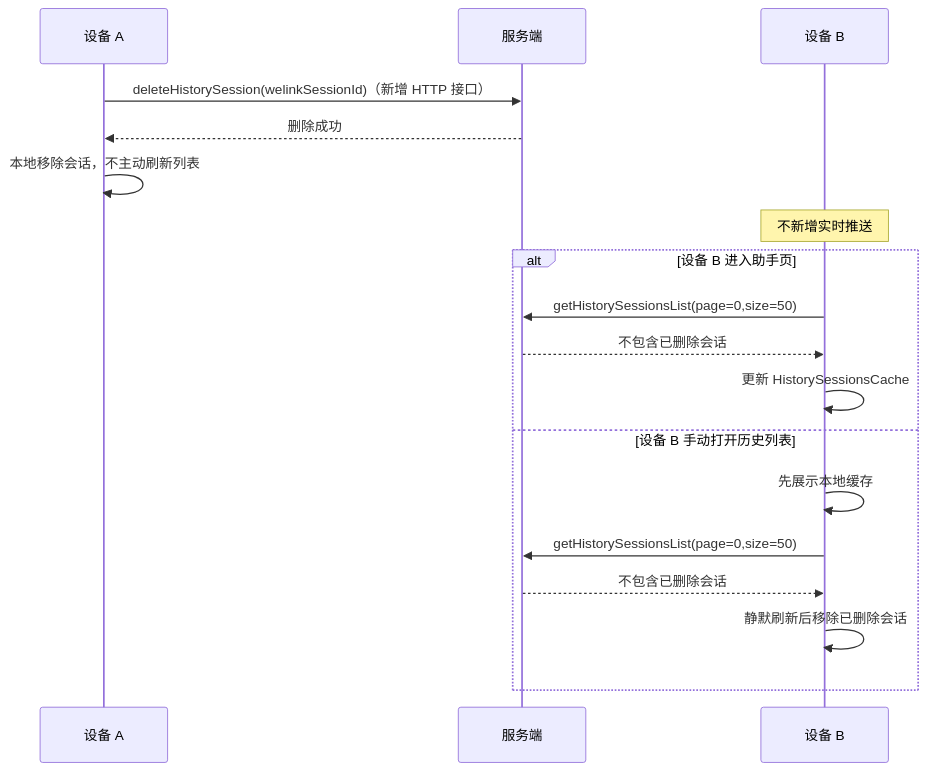
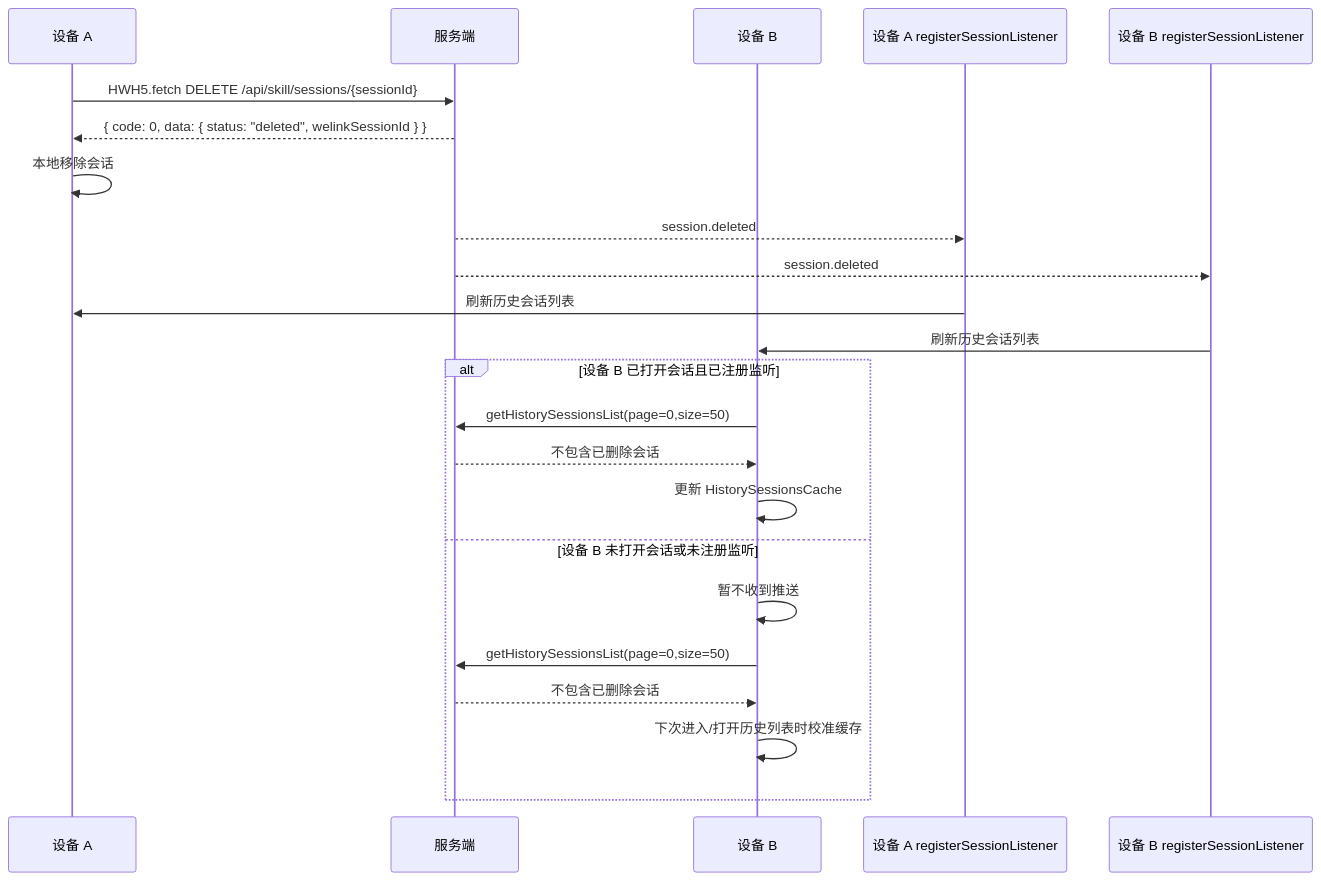
The fifth of 5 diagrams in ai-chat-viewer/docs/plans/2026-06-04-we-agent-history-session-delete-plan.md (Abelsjcheng/skillSDK), drawn with Mermaid before and after one commit. The commit also changed other lines of this file and 22 other files, not shown here.

Commit message:
feat(we-agent): support history session deletion

````diff
--- a/ai-chat-viewer/docs/plans/2026-06-04-we-agent-history-session-delete-plan.md
+++ b/ai-chat-viewer/docs/plans/2026-06-04-we-agent-history-session-delete-plan.md
@@ -177,23 +179,30 @@
 ```mermaid
 sequenceDiagram
     participant DeviceA as 设备 A
     participant Server as 服务端
     participant DeviceB as 设备 B
 
-    DeviceA->>Server: deleteHistorySession(welinkSessionId)（新增 HTTP 接口）
-    Server-->>DeviceA: 删除成功
-    DeviceA->>DeviceA: 本地移除会话，不主动刷新列表
+    participant DeviceAListener as 设备 A registerSessionListener
+    participant DeviceBListener as 设备 B registerSessionListener
 
-    Note over DeviceB: 不新增实时推送
+    DeviceA->>Server: HWH5.fetch DELETE /api/skill/sessions/{sessionId}
+    Server-->>DeviceA: { code: 0, data: { status: "deleted", welinkSessionId } }
+    DeviceA->>DeviceA: 本地移除会话
 
-    alt 设备 B 进入助手页
+    Server-->>DeviceAListener: session.deleted
+    Server-->>DeviceBListener: session.deleted
+
+    DeviceAListener->>DeviceA: 刷新历史会话列表
+    DeviceBListener->>DeviceB: 刷新历史会话列表
+
+    alt 设备 B 已打开会话且已注册监听
         DeviceB->>Server: getHistorySessionsList(page=0,size=50)
         Server-->>DeviceB: 不包含已删除会话
         DeviceB->>DeviceB: 更新 HistorySessionsCache
-    else 设备 B 手动打开历史列表
-        DeviceB->>DeviceB: 先展示本地缓存
+    else 设备 B 未打开会话或未注册监听
+        DeviceB->>DeviceB: 暂不收到推送
         DeviceB->>Server: getHistorySessionsList(page=0,size=50)
         Server-->>DeviceB: 不包含已删除会话
-        DeviceB->>DeviceB: 静默刷新后移除已删除会话
+        DeviceB->>DeviceB: 下次进入/打开历史列表时校准缓存
     end
 ```
````
